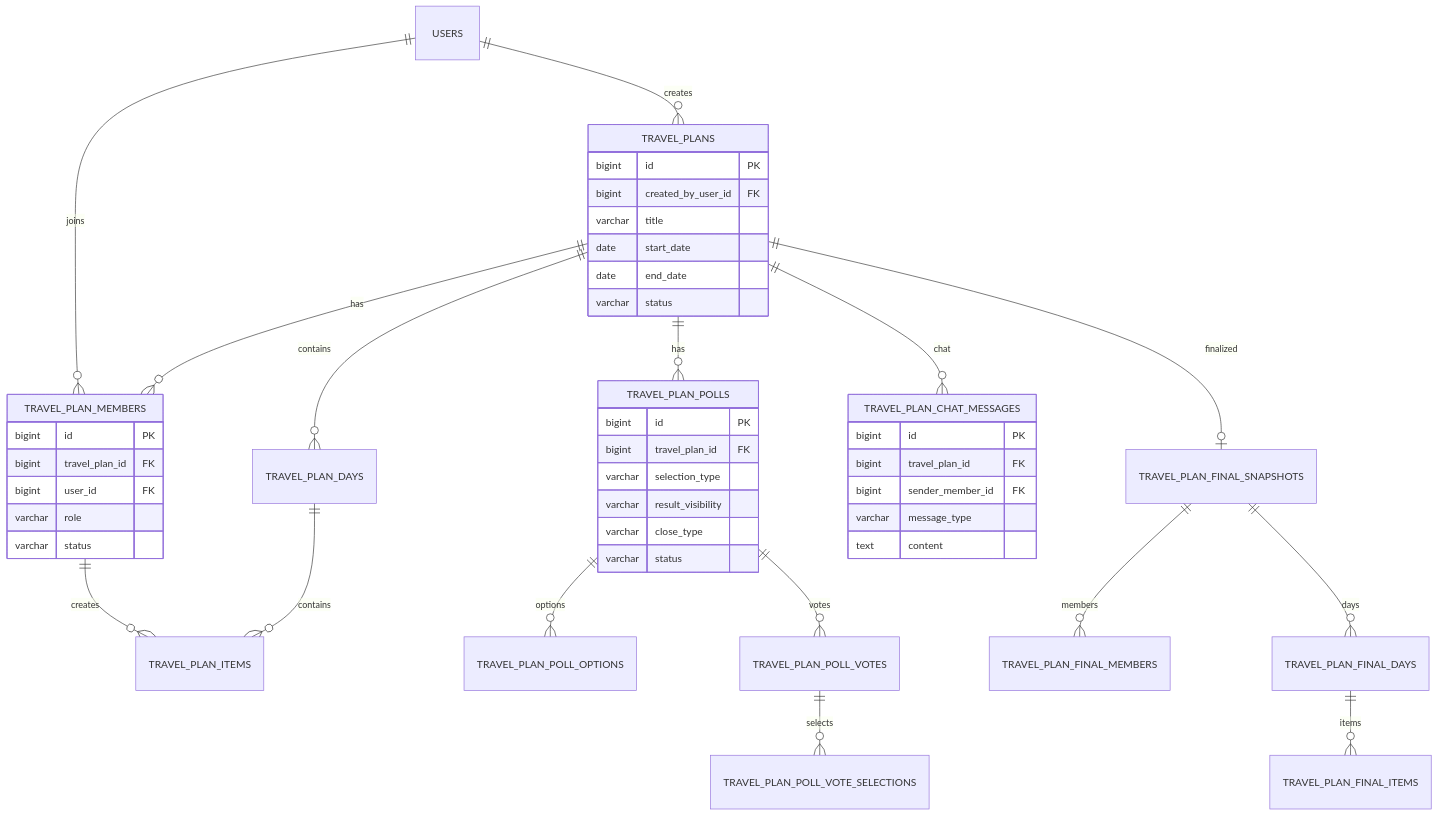
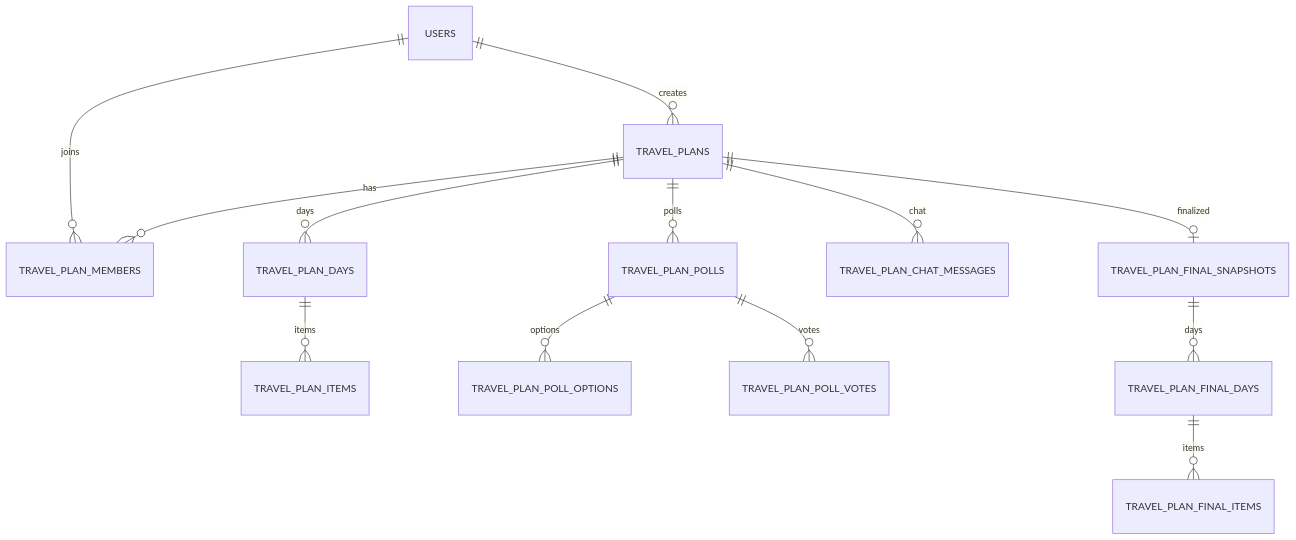
One commit to chocofather/travel-diary changed the fourth of 4 diagrams in README.md. Above: the diagram before and after it, drawn with Mermaid. The commit also changed other lines of this file, not shown here.

Commit message:
docs: refine README galleries and ERD

````diff
--- a/README.md
+++ b/README.md
@@ -370,56 +353,19 @@
 ```mermaid
 erDiagram
     USERS ||--o{ TRAVEL_PLANS : creates
     TRAVEL_PLANS ||--o{ TRAVEL_PLAN_MEMBERS : has
     USERS ||--o{ TRAVEL_PLAN_MEMBERS : joins
 
-    TRAVEL_PLANS ||--o{ TRAVEL_PLAN_DAYS : contains
-    TRAVEL_PLAN_DAYS ||--o{ TRAVEL_PLAN_ITEMS : contains
-    TRAVEL_PLAN_MEMBERS ||--o{ TRAVEL_PLAN_ITEMS : creates
+    TRAVEL_PLANS ||--o{ TRAVEL_PLAN_DAYS : days
+    TRAVEL_PLAN_DAYS ||--o{ TRAVEL_PLAN_ITEMS : items
 
-    TRAVEL_PLANS ||--o{ TRAVEL_PLAN_POLLS : has
+    TRAVEL_PLANS ||--o{ TRAVEL_PLAN_POLLS : polls
     TRAVEL_PLAN_POLLS ||--o{ TRAVEL_PLAN_POLL_OPTIONS : options
     TRAVEL_PLAN_POLLS ||--o{ TRAVEL_PLAN_POLL_VOTES : votes
-    TRAVEL_PLAN_POLL_VOTES ||--o{ TRAVEL_PLAN_POLL_VOTE_SELECTIONS : selects
 
     TRAVEL_PLANS ||--o{ TRAVEL_PLAN_CHAT_MESSAGES : chat
 
     TRAVEL_PLANS ||--o| TRAVEL_PLAN_FINAL_SNAPSHOTS : finalized
-    TRAVEL_PLAN_FINAL_SNAPSHOTS ||--o{ TRAVEL_PLAN_FINAL_MEMBERS : members
     TRAVEL_PLAN_FINAL_SNAPSHOTS ||--o{ TRAVEL_PLAN_FINAL_DAYS : days
     TRAVEL_PLAN_FINAL_DAYS ||--o{ TRAVEL_PLAN_FINAL_ITEMS : items
-
-    TRAVEL_PLANS {
-        bigint id PK
-        bigint created_by_user_id FK
-        varchar title
-        date start_date
-        date end_date
-        varchar status
-    }
-
-    TRAVEL_PLAN_MEMBERS {
-        bigint id PK
-        bigint travel_plan_id FK
-        bigint user_id FK
-        varchar role
-        varchar status
-    }
-
-    TRAVEL_PLAN_POLLS {
-        bigint id PK
-        bigint travel_plan_id FK
-        varchar selection_type
-        varchar result_visibility
-        varchar close_type
-        varchar status
-    }
-
-    TRAVEL_PLAN_CHAT_MESSAGES {
-        bigint id PK
-        bigint travel_plan_id FK
-        bigint sender_member_id FK
-        varchar message_type
-        text content
-    }
 ```
````
